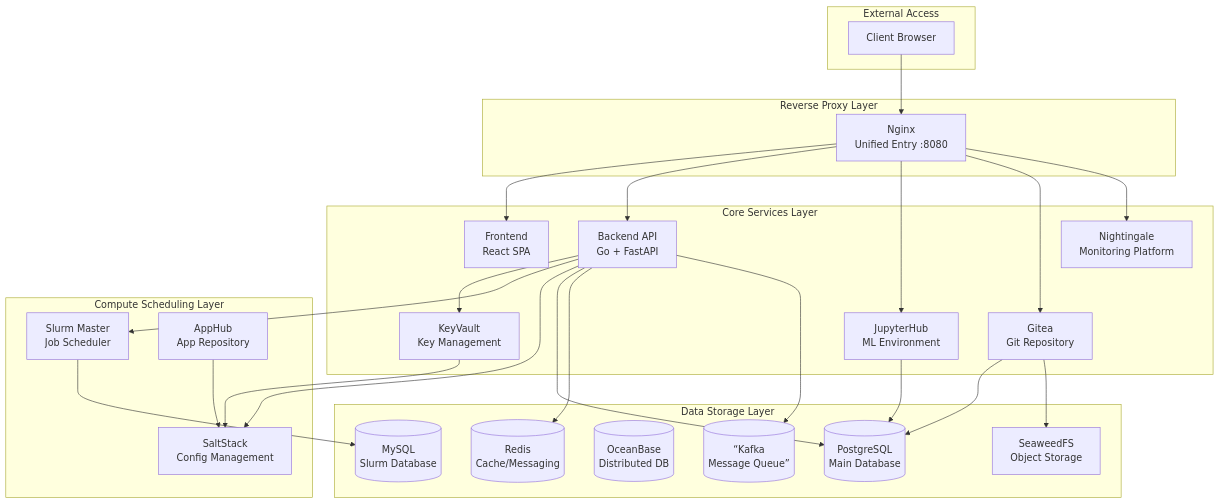
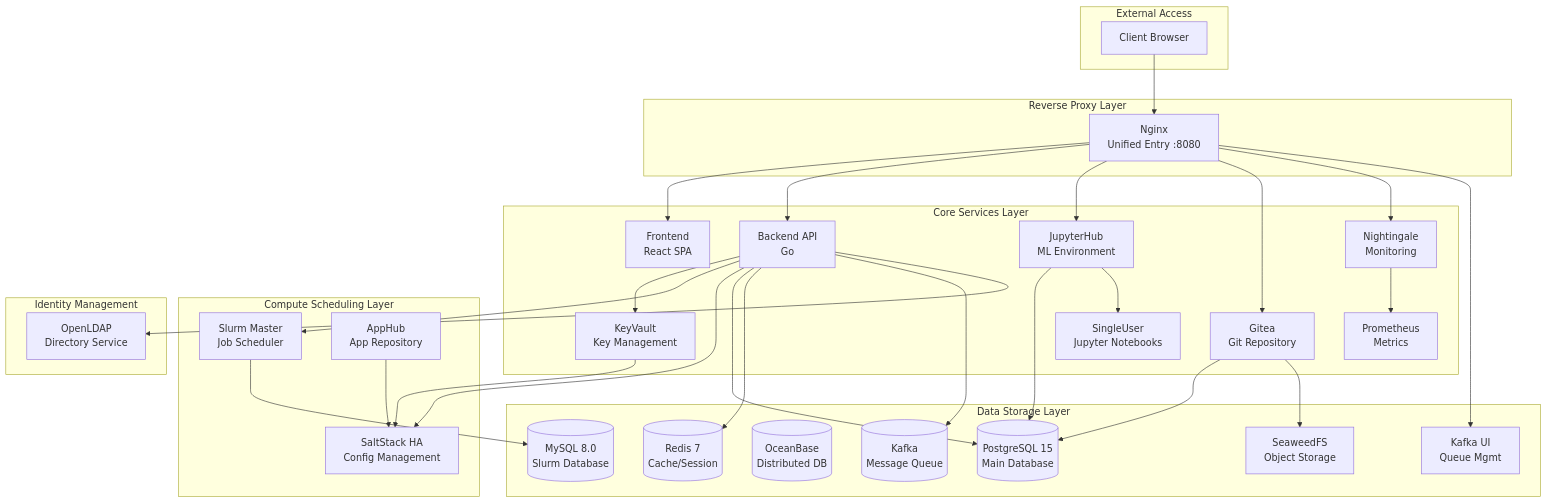
One commit to aresnasa/ai-infra-matrix changed the first of 2 diagrams in README.md. Above: the diagram before and after it, drawn with Mermaid. The commit also changed other lines of this file and 1 other file, not shown here.

````diff
--- a/README.md
+++ b/README.md
@@ -46,55 +46,66 @@
 ```mermaid
 graph TB
     subgraph "External Access"
         Client[Client Browser]
     end
     
     subgraph "Reverse Proxy Layer"
         Nginx[Nginx<br/>Unified Entry :8080]
     end
     
     subgraph "Core Services Layer"
         Frontend[Frontend<br/>React SPA]
-        Backend[Backend API<br/>Go + FastAPI]
+        Backend[Backend API<br/>Go]
         KeyVault[KeyVault<br/>Key Management]
         JupyterHub[JupyterHub<br/>ML Environment]
+        SingleUser[SingleUser<br/>Jupyter Notebooks]
         Gitea[Gitea<br/>Git Repository]
-        Nightingale[Nightingale<br/>Monitoring Platform]
+        Nightingale[Nightingale<br/>Monitoring]
+        Prometheus[Prometheus<br/>Metrics]
     end
     
     subgraph "Compute Scheduling Layer"
         SlurmMaster[Slurm Master<br/>Job Scheduler]
-        SaltStack[SaltStack<br/>Config Management]
+        SaltStack[SaltStack HA<br/>Config Management]
         AppHub[AppHub<br/>App Repository]
     end
     
     subgraph "Data Storage Layer"
-        Postgres[(PostgreSQL<br/>Main Database)]
-        MySQL[(MySQL<br/>Slurm Database)]
+        Postgres[(PostgreSQL 15<br/>Main Database)]
+        MySQL[(MySQL 8.0<br/>Slurm Database)]
         OceanBase[(OceanBase<br/>Distributed DB)]
-        Redis[(Redis<br/>Cache/Messaging)]
-        Kafka[(“Kafka<br/>Message Queue”)]
+        Redis[(Redis 7<br/>Cache/Session)]
+        Kafka[(Kafka<br/>Message Queue)]
+        KafkaUI[Kafka UI<br/>Queue Mgmt]
         SeaweedFS[SeaweedFS<br/>Object Storage]
+    end
+    
+    subgraph "Identity Management"
+        OpenLDAP[OpenLDAP<br/>Directory Service]
     end
     
     Client --> Nginx
     Nginx --> Frontend
     Nginx --> Backend
     Nginx --> JupyterHub
     Nginx --> Gitea
     Nginx --> Nightingale
+    Nginx --> KafkaUI
     
     Backend --> KeyVault
     Backend --> SlurmMaster
     Backend --> SaltStack
     Backend --> Postgres
     Backend --> Redis
     Backend --> Kafka
+    Backend --> OpenLDAP
     
     KeyVault --> SaltStack
     JupyterHub --> Postgres
+    JupyterHub --> SingleUser
+    Nightingale --> Prometheus
     Gitea --> Postgres
     Gitea --> SeaweedFS
     SlurmMaster --> MySQL
     AppHub --> SaltStack
 ```
````
